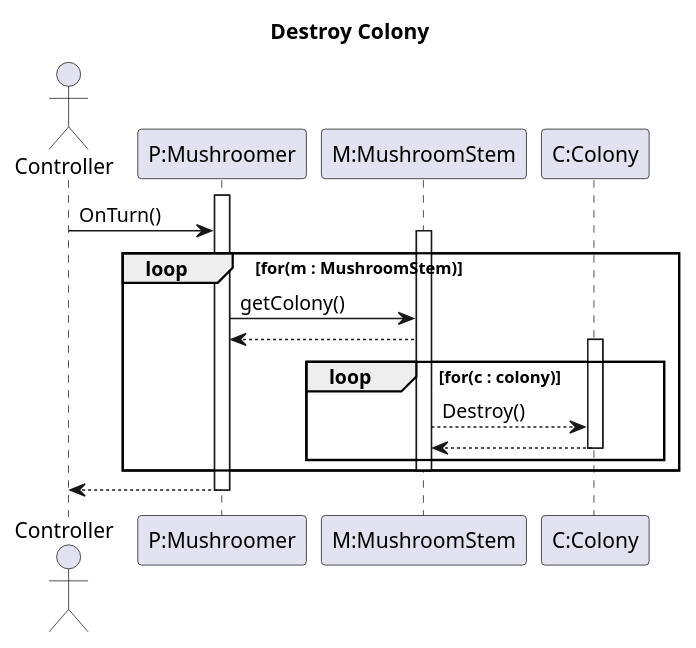
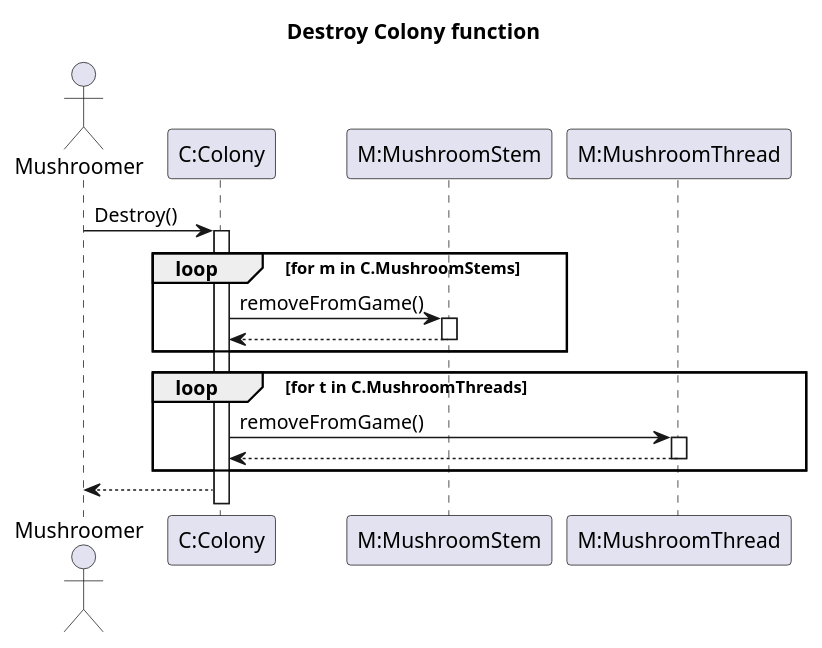
The diagram in 3/sequence/destroyColony.puml (Petya-G/fungorium), drawn with PlantUML before and after one commit. The commit also changed 1 other file, not shown here.

Commit message:
# destroy colony function fix

```diff
--- a/3/sequence/destroyColony.puml
+++ b/3/sequence/destroyColony.puml
@@ -1,29 +1,30 @@
 @startuml destroyColony
-title Destroy Colony
-actor Controller
-participant "P:Mushroomer" as P
+title Destroy Colony function
+
+' EZ CSAK A DESTROY COLONY FV MŰKÖDÉSE, ezért nem a Controller az actor
+
+actor Mushroomer as A
+
+participant "C:Colony" as C
 participant "M:MushroomStem" as M
-participant "C:Colony" as C
+participant "M:MushroomThread" as T
 
-activate P
-Controller -> P : OnTurn()
+A -> C : Destroy()
 
+activate C
+loop for m in C.MushroomStems
+    C -> M : removeFromGame()
+    activate M
+    C <-- M
+    deactivate M
+end
 
-loop for(m : MushroomStem)
-    activate M
-    P-> M : getColony()
-    M-->P
-        loop for(c : colony)
-            activate C
-            M --> C : Destroy()
-            C --> M
-            deactivate C
-        end
-    deactivate M
-    end
-
-P --> Controller
-deactivate P
-
+loop for t in C.MushroomThreads
+    C -> T : removeFromGame()
+    activate T
+    C <-- T
+    deactivate T
+end
+A <-- C
 
 @enduml
```
